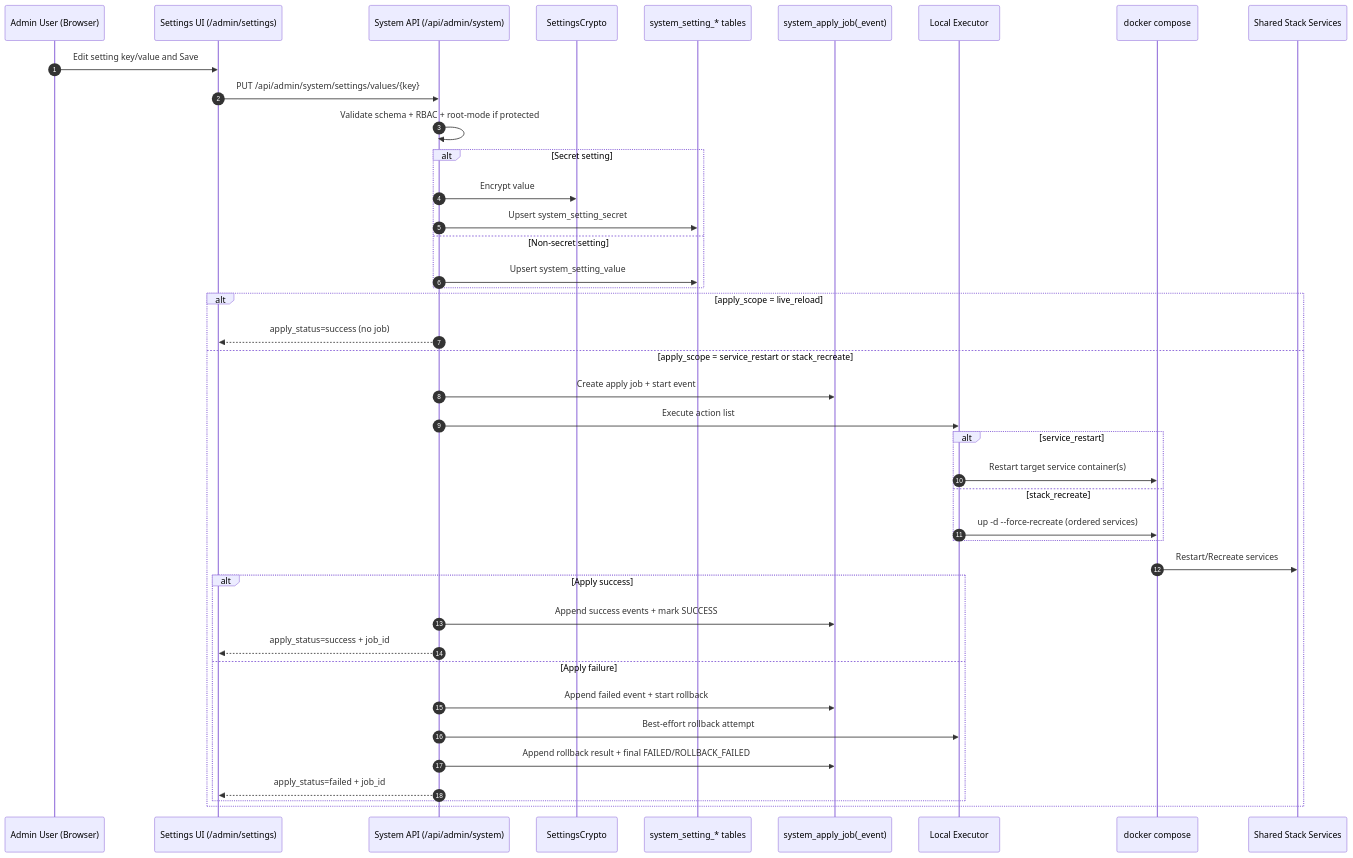
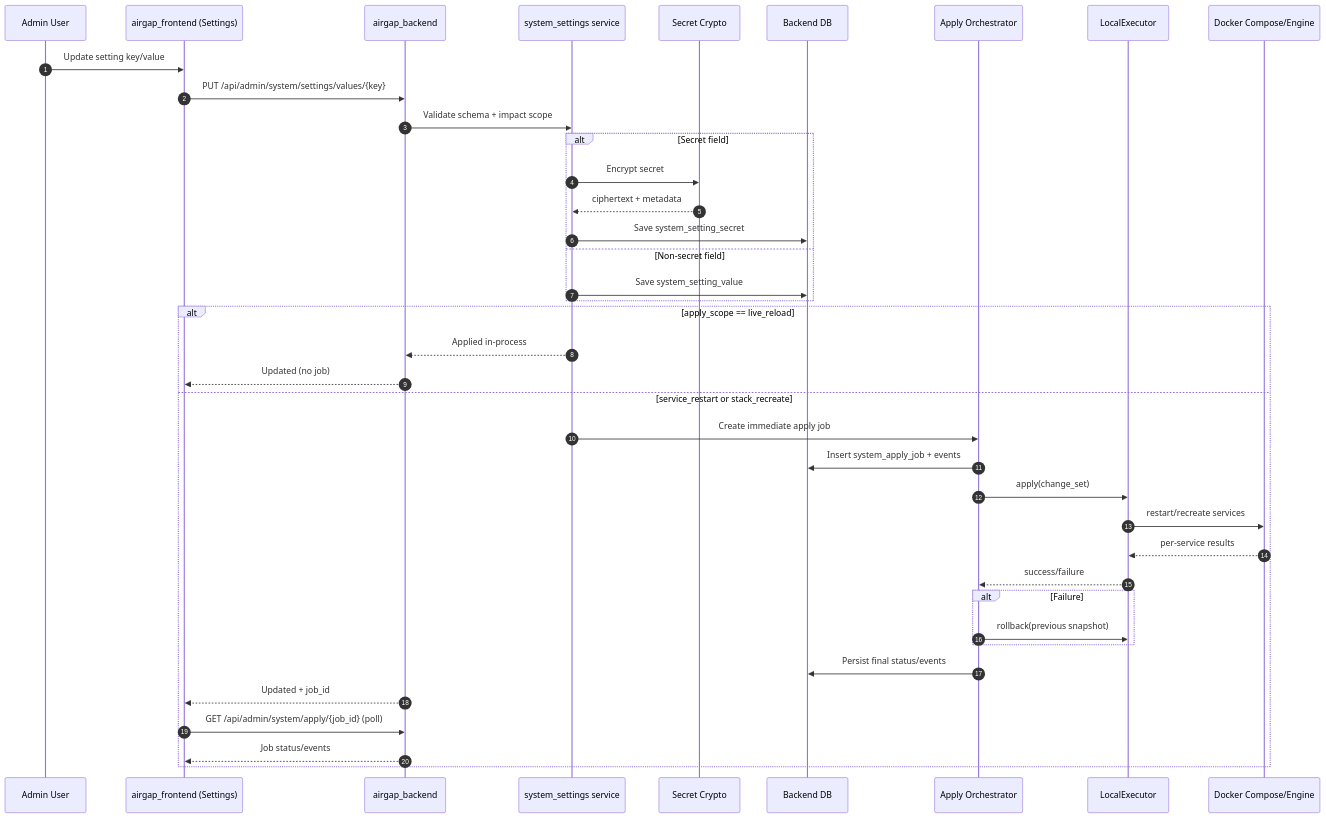
One commit to llm-port/.github changed the seventh of 10 diagrams in profile/call-sequence.md. Above: the diagram before and after it, drawn with Mermaid. The commit also changed other lines of this file and 1 other file, not shown here.

Commit message:
update call sequence and readme

````diff
--- a/profile/call-sequence.md
+++ b/profile/call-sequence.md
@@ -64,45 +212,43 @@
 ```mermaid
 sequenceDiagram
     autonumber
-    participant User as Admin User (Browser)
-    participant FE as Settings UI (/admin/settings)
-    participant BE as System API (/api/admin/system)
-    participant Crypto as SettingsCrypto
-    participant CFG as system_setting_* tables
-    participant Job as system_apply_job(_event)
-    participant Exec as Local Executor
-    participant Compose as docker compose
-    participant Shared as Shared Stack Services
+    participant U as Admin User
+    participant FE as airgap_frontend (Settings)
+    participant BE as airgap_backend
+    participant SET as system_settings service
+    participant ENC as Secret Crypto
+    participant DB as Backend DB
+    participant APPLY as Apply Orchestrator
+    participant EXEC as LocalExecutor
+    participant DE as Docker Compose/Engine
 
-    User->>FE: Edit setting key/value and Save
+    U->>FE: Update setting key/value
     FE->>BE: PUT /api/admin/system/settings/values/{key}
-    BE->>BE: Validate schema + RBAC + root-mode if protected
-    alt Secret setting
-        BE->>Crypto: Encrypt value
-        BE->>CFG: Upsert system_setting_secret
-    else Non-secret setting
-        BE->>CFG: Upsert system_setting_value
+    BE->>SET: Validate schema + impact scope
+    alt Secret field
+      SET->>ENC: Encrypt secret
+      ENC-->>SET: ciphertext + metadata
+      SET->>DB: Save system_setting_secret
+    else Non-secret field
+      SET->>DB: Save system_setting_value
     end
 
-    alt apply_scope = live_reload
-        BE-->>FE: apply_status=success (no job)
-    else apply_scope = service_restart or stack_recreate
-        BE->>Job: Create apply job + start event
-        BE->>Exec: Execute action list
-        alt service_restart
-            Exec->>Compose: Restart target service container(s)
-        else stack_recreate
-            Exec->>Compose: up -d --force-recreate (ordered services)
-        end
-        Compose->>Shared: Restart/Recreate services
-        alt Apply success
-            BE->>Job: Append success events + mark SUCCESS
-            BE-->>FE: apply_status=success + job_id
-        else Apply failure
-            BE->>Job: Append failed event + start rollback
-            BE->>Exec: Best-effort rollback attempt
-            BE->>Job: Append rollback result + final FAILED/ROLLBACK_FAILED
-            BE-->>FE: apply_status=failed + job_id
-        end
+    alt apply_scope == live_reload
+      SET-->>BE: Applied in-process
+      BE-->>FE: Updated (no job)
+    else service_restart or stack_recreate
+      SET->>APPLY: Create immediate apply job
+      APPLY->>DB: Insert system_apply_job + events
+      APPLY->>EXEC: apply(change_set)
+      EXEC->>DE: restart/recreate services
+      DE-->>EXEC: per-service results
+      EXEC-->>APPLY: success/failure
+      alt Failure
+        APPLY->>EXEC: rollback(previous snapshot)
+      end
+      APPLY->>DB: Persist final status/events
+      BE-->>FE: Updated + job_id
+      FE->>BE: GET /api/admin/system/apply/{job_id} (poll)
+      BE-->>FE: Job status/events
     end
 ```
````
